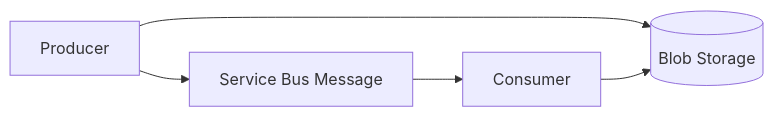
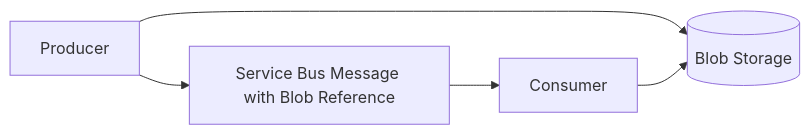
Before and after one commit to brunsdon/azure-services-cheat-sheet: the third of 6 diagrams in diagrams/README.md, drawn with Mermaid. The commit also changed other lines of this file and 17 other files, not shown here.

Commit message:
Polish Azure architecture field guide

````diff
--- a/diagrams/README.md
+++ b/diagrams/README.md
@@ -21,7 +36,7 @@
 ```mermaid
 flowchart LR
     producer[Producer] --> blob[(Blob Storage)]
-    producer --> bus[Service Bus Message]
-    bus --> consumer[Consumer]
+    producer --> message[Service Bus Message with Blob Reference]
+    message --> consumer[Consumer]
     consumer --> blob
 ```
````
